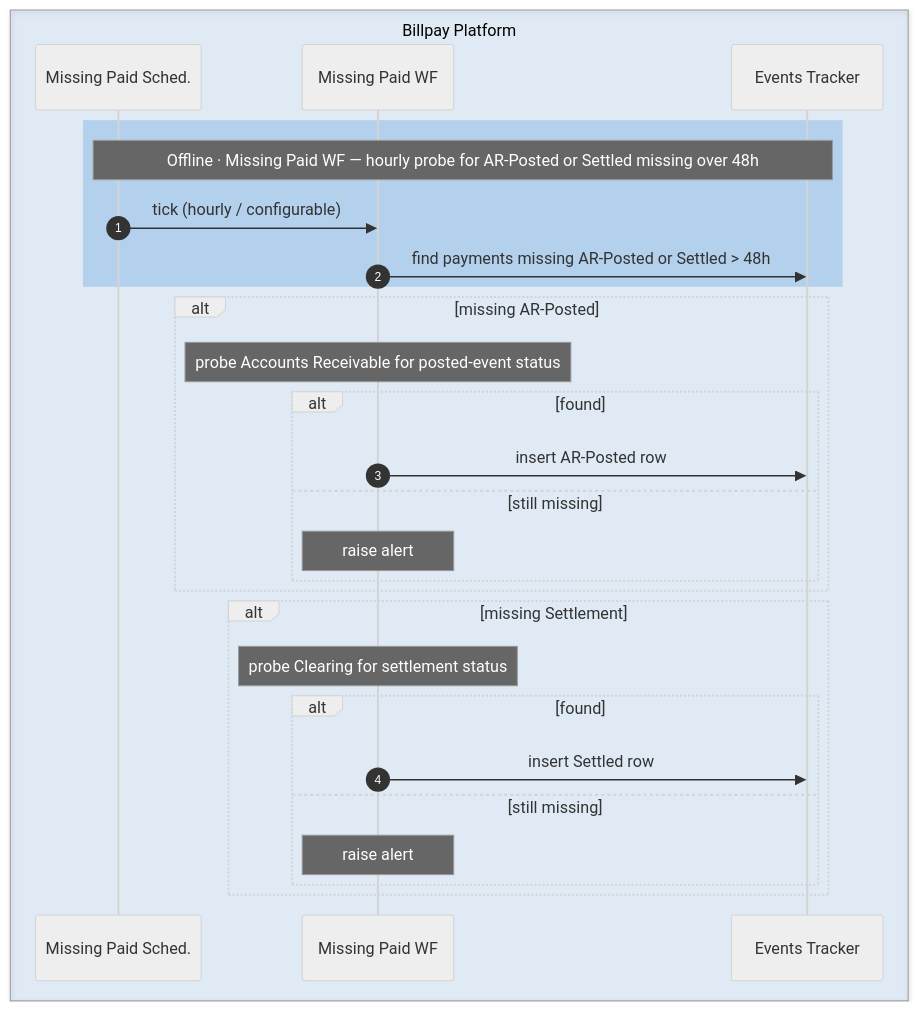
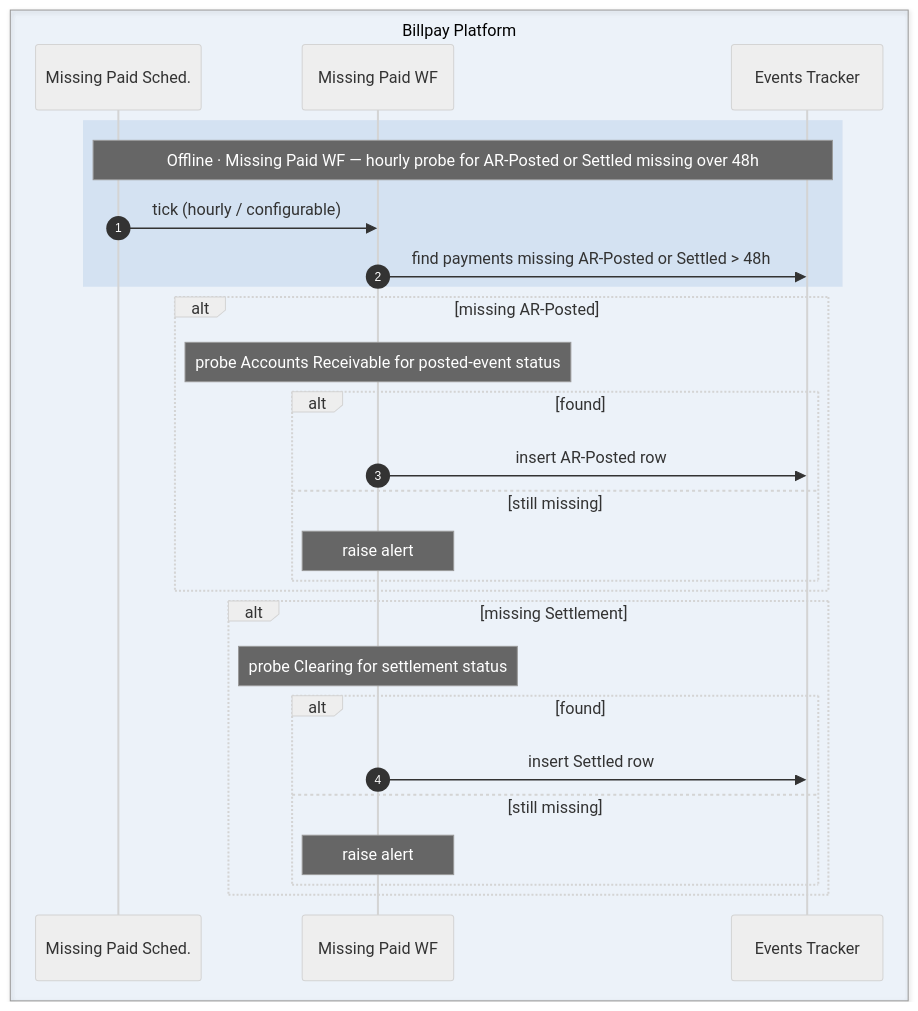
One commit to arunav-bhattacharya/billpay-book changed diagram 11 of 12 in website/docs/design/diagrams/sequence-diagram.md. Above: the diagram before and after it, drawn with Mermaid (neutral theme). The commit also changed other lines of this file and 48 other files, not shown here.

````diff
--- a/website/docs/design/diagrams/sequence-diagram.md
+++ b/website/docs/design/diagrams/sequence-diagram.md
@@ -700,33 +700,33 @@
 ```mermaid
 sequenceDiagram
   autonumber
 
-  box rgba(1,111,208,0.1) Billpay Platform
+  box rgba(1,111,208,0.06) Billpay Platform
     participant SCH as Missing Paid Sched.
     participant MPE as Missing Paid WF
     participant TRK as Events Tracker
   end
 
-  rect rgba(1,111,208,0.2)
+  rect rgba(1,91,179,0.10)
     Note over SCH,TRK: Offline · Missing Paid WF — hourly probe for AR-Posted or Settled missing over 48h
     SCH->>MPE: tick (hourly / configurable)
     MPE->>TRK: find payments missing AR-Posted or Settled > 48h
   end
 
   alt missing AR-Posted
     Note over MPE: probe Accounts Receivable for posted-event status
     alt found
       MPE->>TRK: insert AR-Posted row
     else still missing
       Note over MPE: raise alert
     end
   end
   alt missing Settlement
     Note over MPE: probe Clearing for settlement status
     alt found
       MPE->>TRK: insert Settled row
     else still missing
       Note over MPE: raise alert
     end
   end
 ```
````
